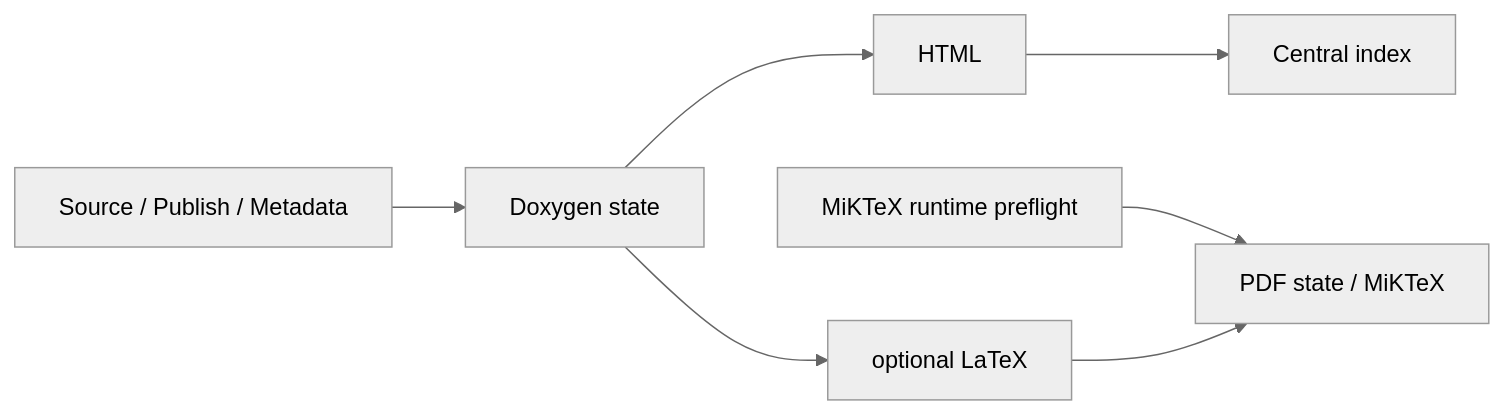
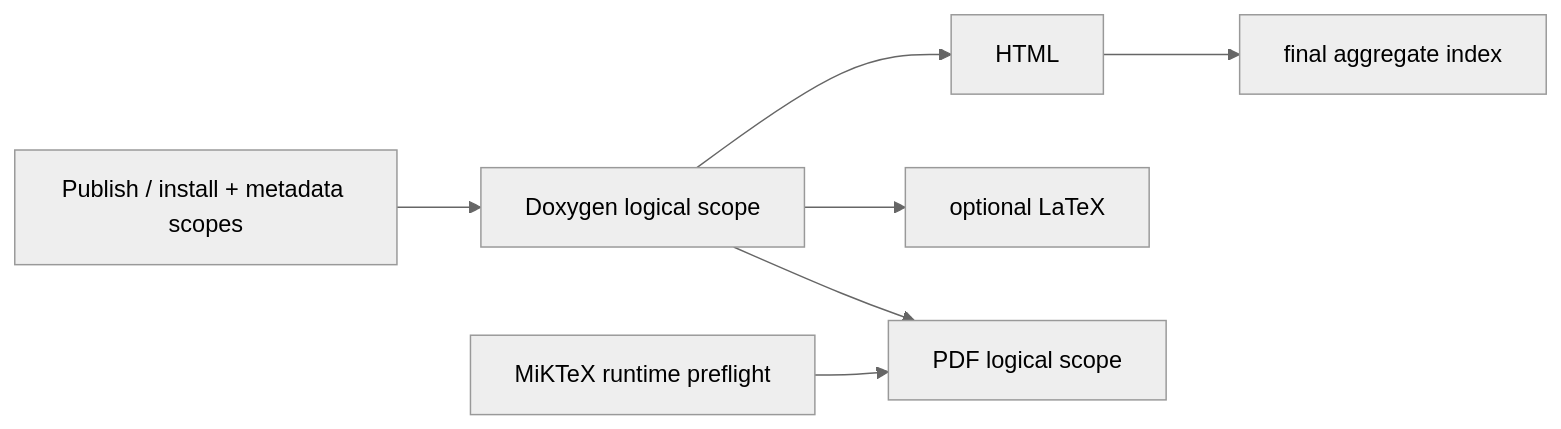
One commit to adeccscholar/BuildEngine-Admin changed the fourth of 4 diagrams in admin/server-docs/documentation.md. Above: the diagram before and after it, drawn with Mermaid (neutral theme). The commit also changed other lines of this file, not shown here.

Commit message:
Update documentation pipeline and logical state contract

````diff
--- a/admin/server-docs/documentation.md
+++ b/admin/server-docs/documentation.md
@@ -310,9 +362,9 @@
 ```mermaid
 flowchart LR
-   S[Source / Publish / Metadata] --> D[Doxygen state]
+   U[Publish / install + metadata scopes] --> D[Doxygen logical scope]
    D --> H[HTML]
    D --> L[optional LaTeX]
-   R[MiKTeX runtime preflight] --> P[PDF state / MiKTeX]
-   L --> P
-   H --> I[Central index]
+   R[MiKTeX runtime preflight] --> P[PDF logical scope]
+   D --> P
+   H --> I[final aggregate index]
 ```
````
